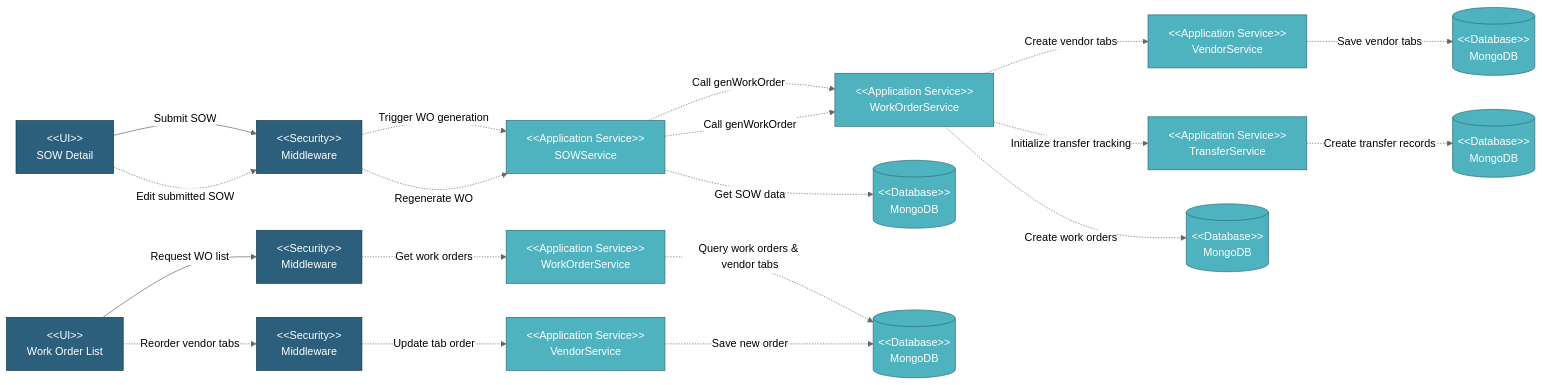
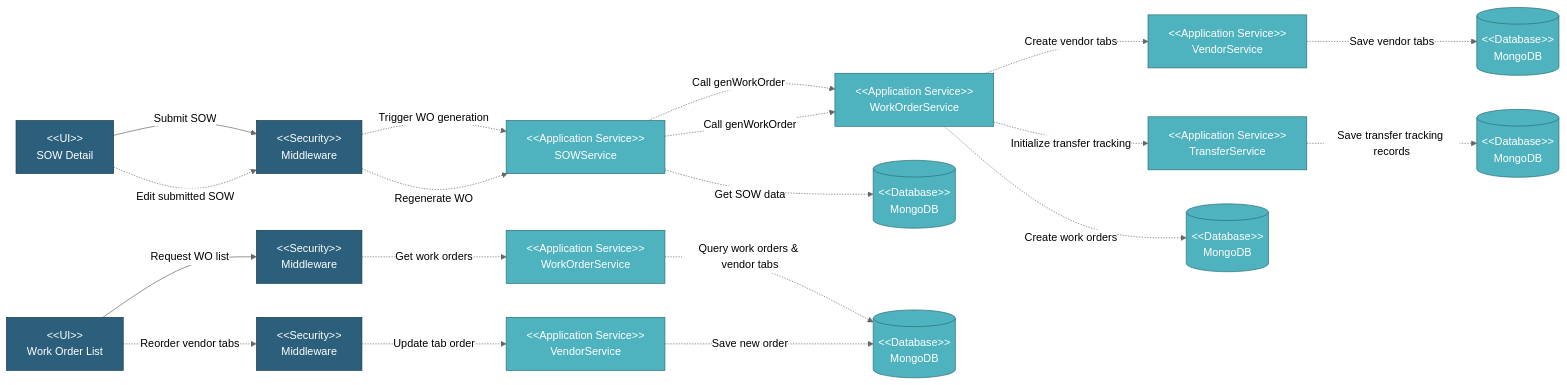
The diagram in docs/TDD/05-Component-Design/5.4-Work-Order-Module/5.4.1-Work-Order-Generation-Vendor-Tabs.md (faizalmuzakki/pipeline-docs), drawn with Mermaid (neutral theme) before and after one commit. The commit also changed other lines of this file and 8 other files, not shown here.

````diff
--- a/docs/TDD/05-Component-Design/5.4-Work-Order-Module/5.4.1-Work-Order-Generation-Vendor-Tabs.md
+++ b/docs/TDD/05-Component-Design/5.4-Work-Order-Module/5.4.1-Work-Order-Generation-Vendor-Tabs.md
@@ -9,65 +9,65 @@
 ```mermaid
 graph LR
     UI_SOW["&lt;&lt;UI&gt;&gt;<br/>SOW Detail"]
     UI_WO["&lt;&lt;UI&gt;&gt;<br/>Work Order List"]
 
     SEC1["&lt;&lt;Security&gt;&gt;<br/>Middleware"]
     SEC2["&lt;&lt;Security&gt;&gt;<br/>Middleware"]
     SEC3["&lt;&lt;Security&gt;&gt;<br/>Middleware"]
 
     SOW_SVC["&lt;&lt;Application Service&gt;&gt;<br/>SOWService"]
     WO_SVC1["&lt;&lt;Application Service&gt;&gt;<br/>WorkOrderService"]
     VENDOR_SVC1["&lt;&lt;Application Service&gt;&gt;<br/>VendorService"]
     TRANSFER_SVC["&lt;&lt;Application Service&gt;&gt;<br/>TransferService"]
     WO_SVC2["&lt;&lt;Application Service&gt;&gt;<br/>WorkOrderService"]
     VENDOR_SVC2["&lt;&lt;Application Service&gt;&gt;<br/>VendorService"]
 
     DB1[("&lt;&lt;Database&gt;&gt;<br/>MongoDB")]
     DB2[("&lt;&lt;Database&gt;&gt;<br/>MongoDB")]
     DB3[("&lt;&lt;Database&gt;&gt;<br/>MongoDB")]
     DB4[("&lt;&lt;Database&gt;&gt;<br/>MongoDB")]
     DB5[("&lt;&lt;Database&gt;&gt;<br/>MongoDB")]
 
     %% Submit SOW Flow
     UI_SOW -->|Submit SOW| SEC1
     SEC1 -.->|Trigger WO generation| SOW_SVC
     SOW_SVC -.->|Get SOW data| DB1
     SOW_SVC -.->|Call genWorkOrder| WO_SVC1
     WO_SVC1 -.->|Create work orders| DB2
     WO_SVC1 -.->|Create vendor tabs| VENDOR_SVC1
     VENDOR_SVC1 -.->|Save vendor tabs| DB3
     WO_SVC1 -.->|Initialize transfer tracking| TRANSFER_SVC
-    TRANSFER_SVC -.->|Create transfer records| DB4
+    TRANSFER_SVC -.->|Save transfer tracking records| DB4
 
     %% Request WO List Flow
     UI_WO -->|Request WO list| SEC2
     SEC2 -.->|Get work orders| WO_SVC2
     WO_SVC2 -.->|Query work orders & vendor tabs| DB5
 
     %% Reorder Vendor Tabs Flow
     UI_WO -.->|Reorder vendor tabs| SEC3
     SEC3 -.->|Update tab order| VENDOR_SVC2
     VENDOR_SVC2 -.->|Save new order| DB5
 
     %% Edit Submitted SOW Flow (Regenerate WO)
     UI_SOW -.->|Edit submitted SOW| SEC1
     SEC1 -.->|Regenerate WO| SOW_SVC
     SOW_SVC -.->|Call genWorkOrder| WO_SVC1
 
     style UI_SOW fill:#2C5F7C,stroke:#1a3a4a,color:#fff
     style UI_WO fill:#2C5F7C,stroke:#1a3a4a,color:#fff
     style SEC1 fill:#2C5F7C,stroke:#1a3a4a,color:#fff
     style SEC2 fill:#2C5F7C,stroke:#1a3a4a,color:#fff
     style SEC3 fill:#2C5F7C,stroke:#1a3a4a,color:#fff
     style SOW_SVC fill:#4FB3BF,stroke:#2a6d76,color:#fff
     style WO_SVC1 fill:#4FB3BF,stroke:#2a6d76,color:#fff
     style WO_SVC2 fill:#4FB3BF,stroke:#2a6d76,color:#fff
     style VENDOR_SVC1 fill:#4FB3BF,stroke:#2a6d76,color:#fff
     style VENDOR_SVC2 fill:#4FB3BF,stroke:#2a6d76,color:#fff
     style TRANSFER_SVC fill:#4FB3BF,stroke:#2a6d76,color:#fff
     style DB1 fill:#4FB3BF,stroke:#2a6d76,color:#fff
     style DB2 fill:#4FB3BF,stroke:#2a6d76,color:#fff
     style DB3 fill:#4FB3BF,stroke:#2a6d76,color:#fff
     style DB4 fill:#4FB3BF,stroke:#2a6d76,color:#fff
     style DB5 fill:#4FB3BF,stroke:#2a6d76,color:#fff
 ```
````
